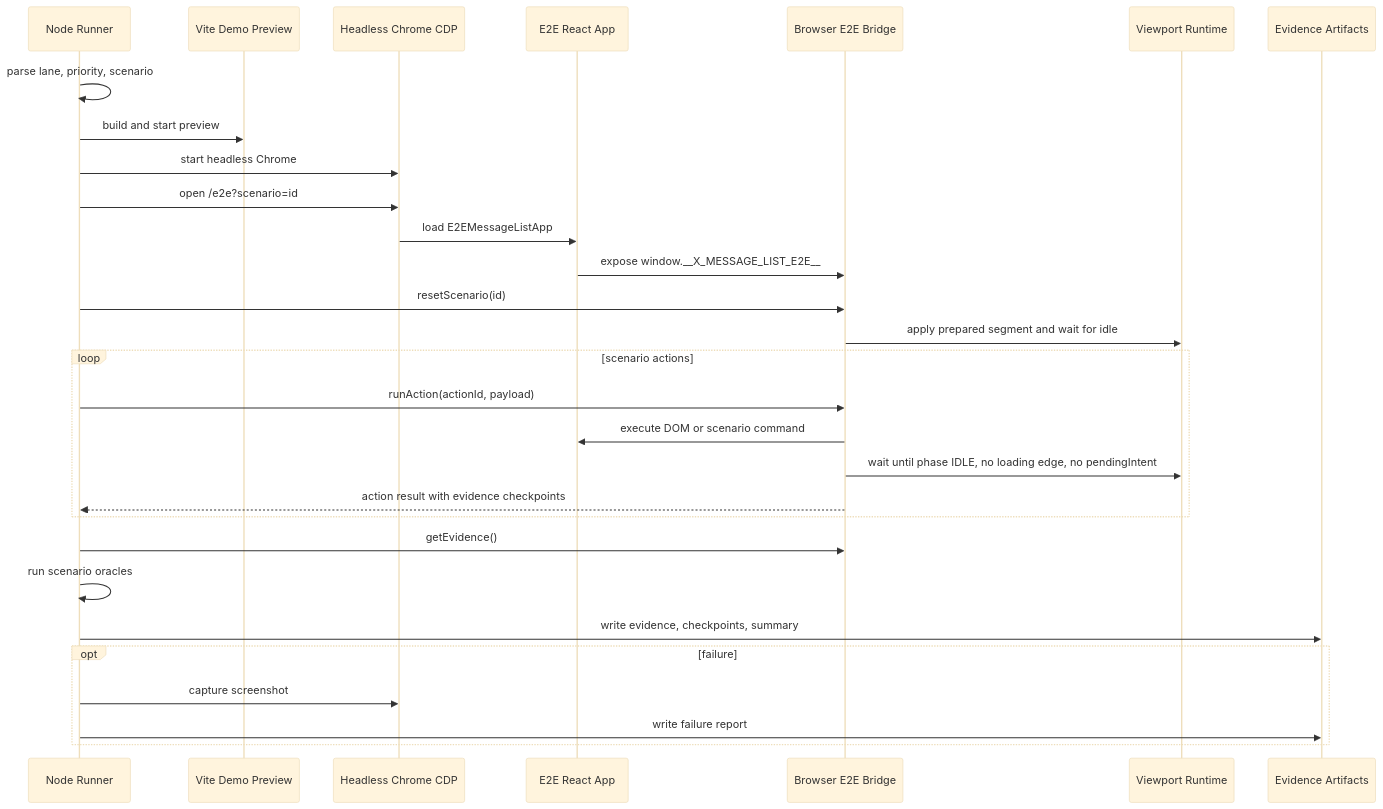
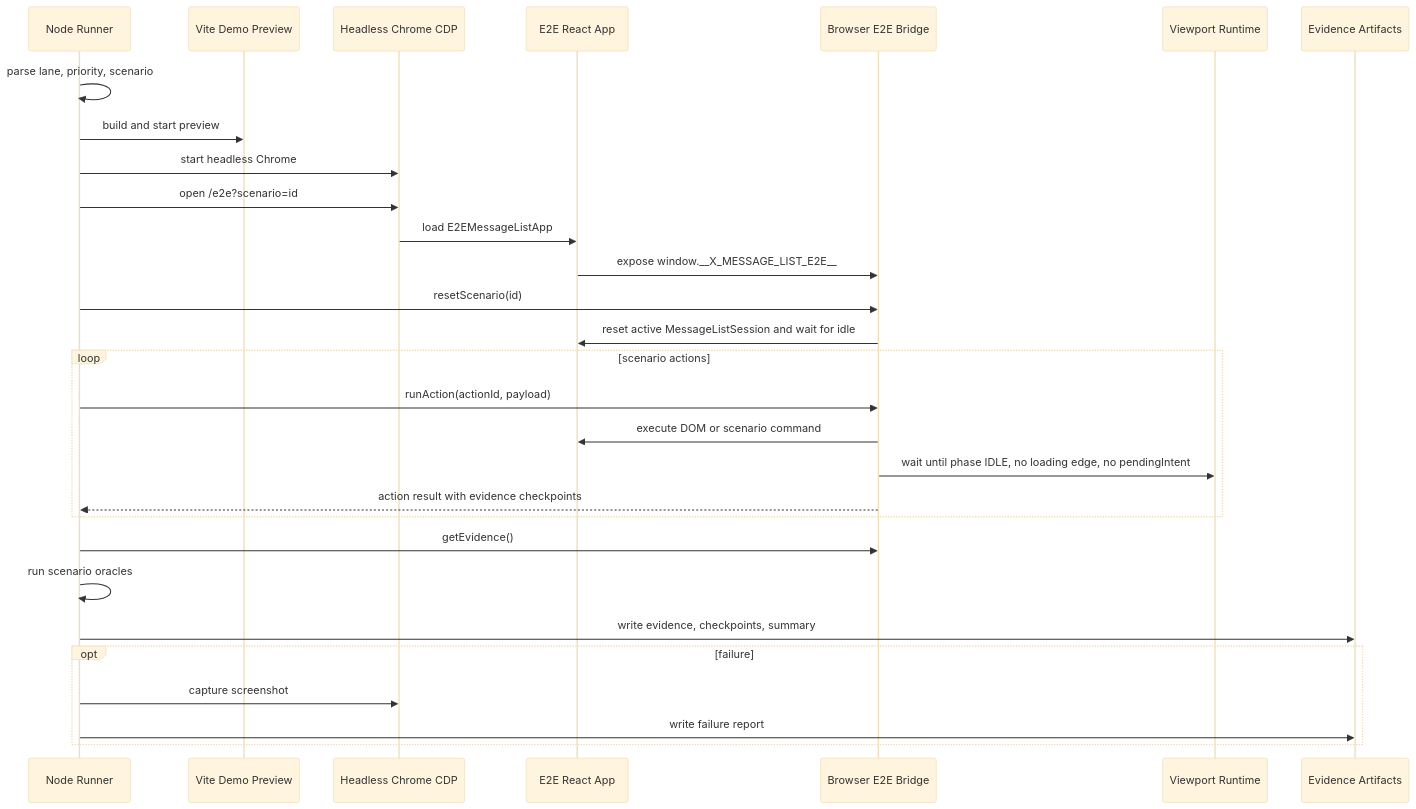
Before and after one commit to LouisGo/XMessageList: the second of 2 diagrams in docs/graph/demo-and-e2e.md, drawn with Mermaid (base theme). The commit also changed other lines of this file and 162 other files, not shown here.

First line of the commit message:
refactor: introduce message list session manager API

````diff
--- a/docs/graph/demo-and-e2e.md
+++ b/docs/graph/demo-and-e2e.md
@@ -44,34 +45,34 @@
 ```mermaid
 sequenceDiagram
   participant Runner as Node Runner
   participant Preview as Vite Demo Preview
   participant Chrome as Headless Chrome CDP
   participant App as E2E React App
   participant Bridge as Browser E2E Bridge
   participant Runtime as Viewport Runtime
   participant Artifacts as Evidence Artifacts
 
   Runner->>Runner: parse lane, priority, scenario
   Runner->>Preview: build and start preview
   Runner->>Chrome: start headless Chrome
   Runner->>Chrome: open /e2e?scenario=id
   Chrome->>App: load E2EMessageListApp
   App->>Bridge: expose window.__X_MESSAGE_LIST_E2E__
   Runner->>Bridge: resetScenario(id)
-  Bridge->>Runtime: apply prepared segment and wait for idle
+  Bridge->>App: reset active MessageListSession and wait for idle
 
   loop scenario actions
     Runner->>Bridge: runAction(actionId, payload)
     Bridge->>App: execute DOM or scenario command
     Bridge->>Runtime: wait until phase IDLE, no loading edge, no pendingIntent
     Bridge-->>Runner: action result with evidence checkpoints
   end
 
   Runner->>Bridge: getEvidence()
   Runner->>Runner: run scenario oracles
   Runner->>Artifacts: write evidence, checkpoints, summary
   opt failure
     Runner->>Chrome: capture screenshot
     Runner->>Artifacts: write failure report
   end
 ```
````
